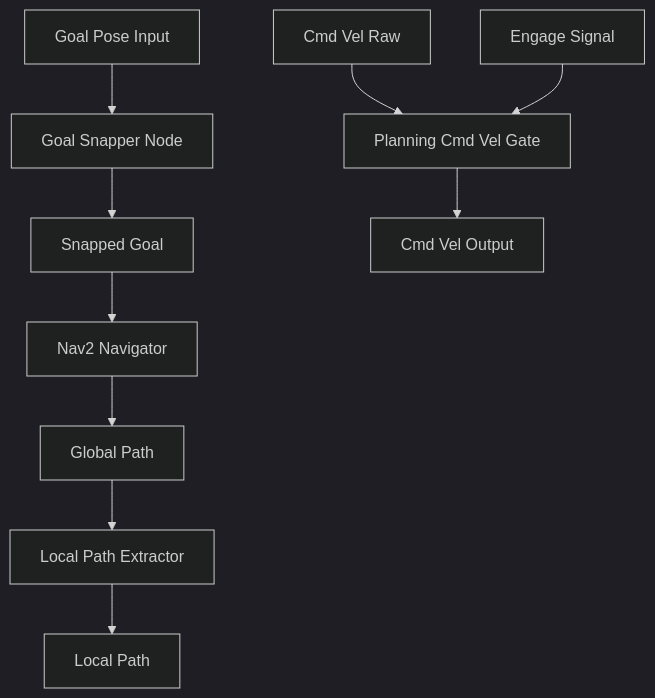
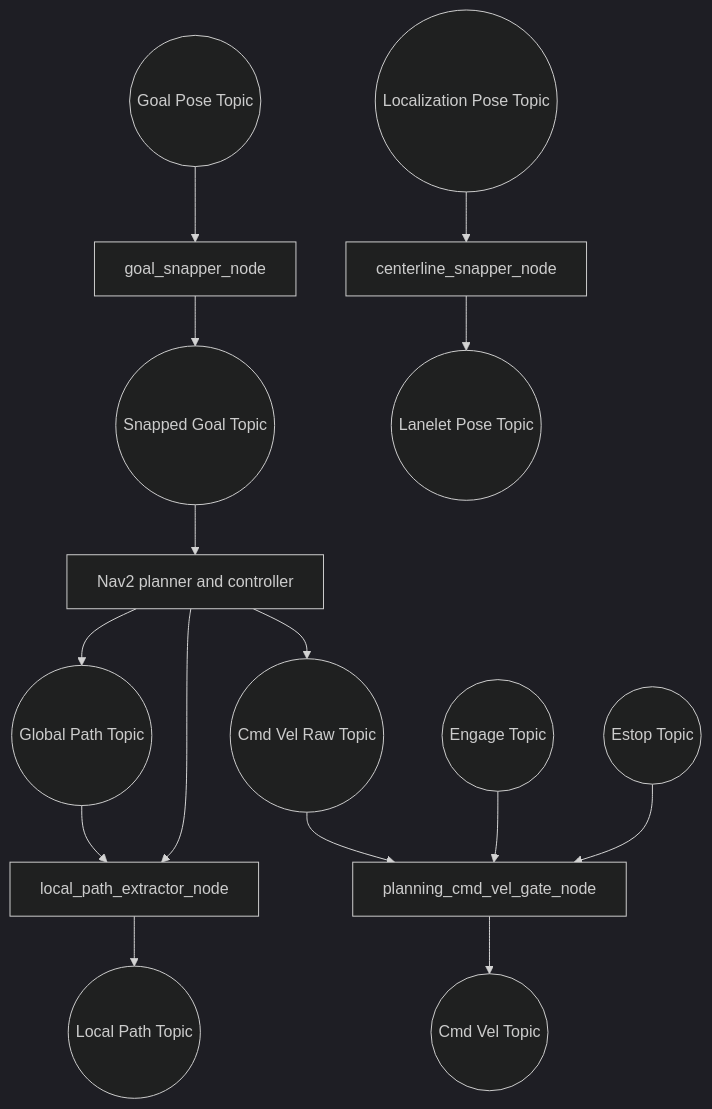
Before and after one commit to hwanhonglee/CAMROD: the first of 2 diagrams in camrod_planning/README.md, drawn with Mermaid (dark theme). The commit also changed other lines of this file and 13 other files, not shown here.

Commit message:
docs(readme): clarify diagram semantics and avg_msgs interface-only role

````diff
--- a/camrod_planning/README.md
+++ b/camrod_planning/README.md
@@ -7,12 +7,20 @@
 ```mermaid
 graph TD
-  GOAL[Goal Pose Input] --> SNAP[Goal Snapper Node]
-  SNAP --> SGOAL[Snapped Goal]
-  SGOAL --> NAV[Nav2 Navigator]
-  NAV --> GPATH[Global Path]
-  GPATH --> LEXT[Local Path Extractor]
-  LEXT --> LPATH[Local Path]
-  RAW[Cmd Vel Raw] --> GATE[Planning Cmd Vel Gate]
-  ENG[Engage Signal] --> GATE
-  GATE --> CMD[Cmd Vel Output]
+  GOAL((Goal Pose Topic)) --> SNAP[goal_snapper_node]
+  LOCALPOSE((Localization Pose Topic)) --> CENTER[centerline_snapper_node]
+  SNAP --> SGOAL((Snapped Goal Topic))
+  CENTER --> LANELETPOSE((Lanelet Pose Topic))
+
+  SGOAL --> NAV[Nav2 planner and controller]
+  NAV --> GPATH((Global Path Topic))
+  NAV --> RAW((Cmd Vel Raw Topic))
+
+  GPATH --> LEXT[local_path_extractor_node]
+  NAV --> LEXT
+  LEXT --> LPATH((Local Path Topic))
+
+  RAW --> GATE[planning_cmd_vel_gate_node]
+  ENG((Engage Topic)) --> GATE
+  ESTOP((Estop Topic)) --> GATE
+  GATE --> CMD((Cmd Vel Topic))
 ```
````
